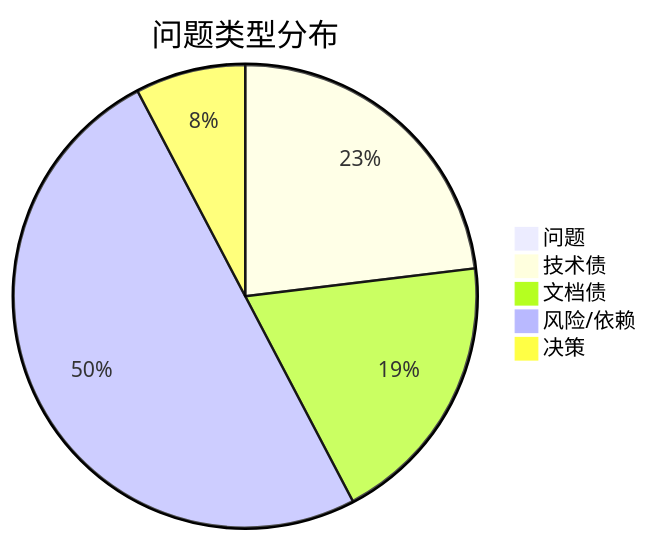
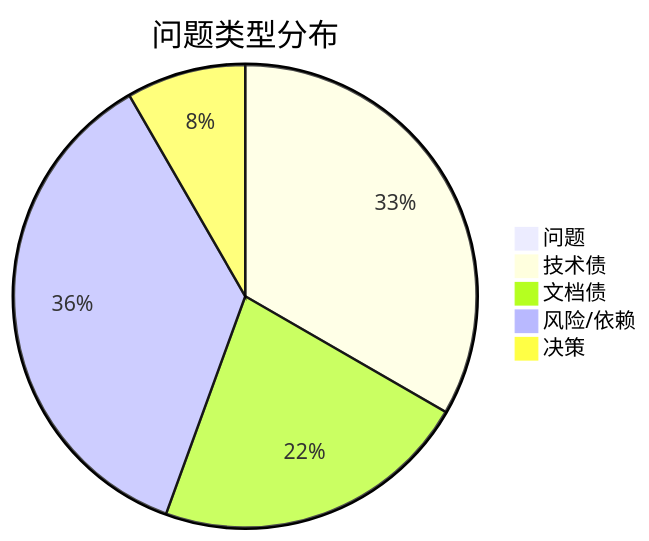
One commit to THZSummer/sddu changed the fourth of 8 diagrams in .sddu/ROADMAP.md. Above: the diagram before and after it, drawn with Mermaid. The commit also changed other lines of this file, not shown here.

Commit message:
docs(roadmap): 内容补遗 v22.0.1 — 补特性/提案卡片全覆盖 + 15 问题登记 + 3 风险依赖 + 事实恢复 + 旧 ID 溯源

````diff
--- a/.sddu/ROADMAP.md
+++ b/.sddu/ROADMAP.md
@@ -112,8 +112,8 @@
 ```mermaid
 pie title 问题类型分布
     "问题" : 0
-    "技术债" : 6
-    "文档债" : 5
+    "技术债" : 12
+    "文档债" : 8
     "风险/依赖" : 13
-    "决策" : 2
+    "决策" : 3
 ```
````
